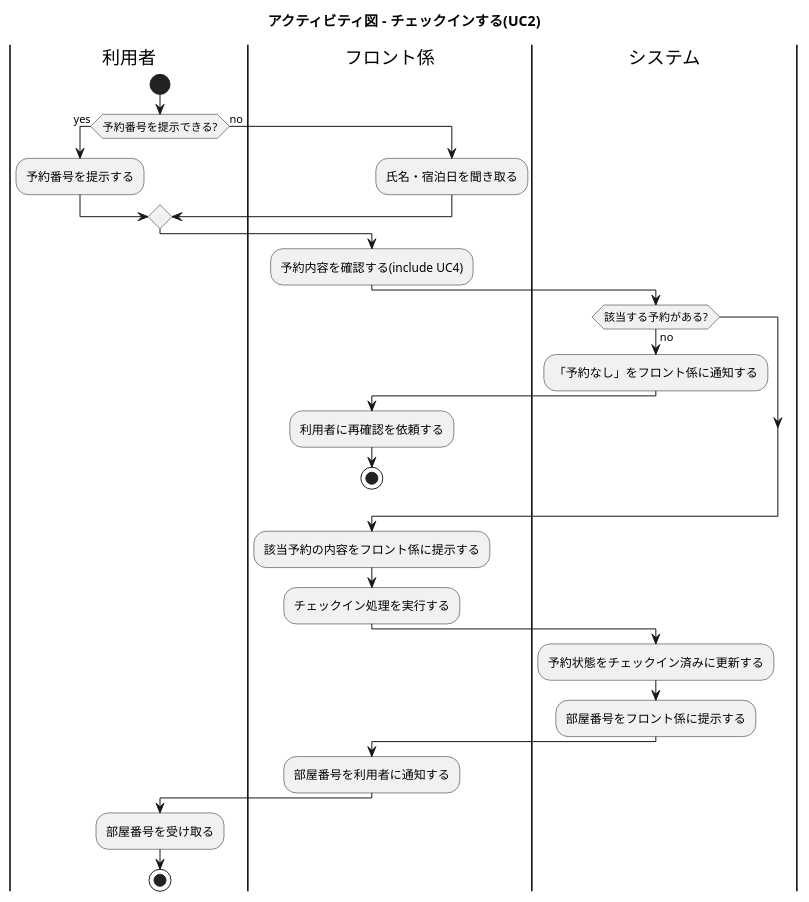
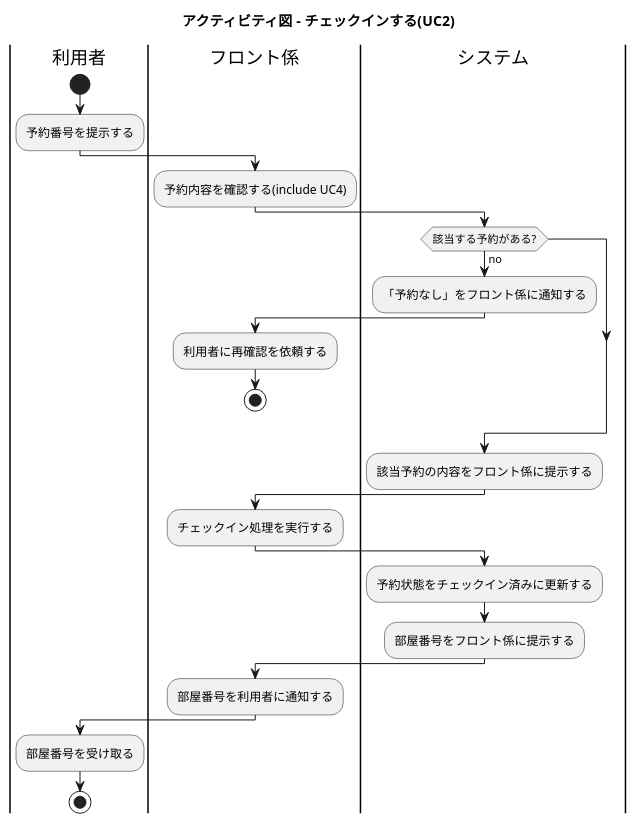
The diagram in docs/uml/06_activity_diagram_checkin.puml (doguto/waseda-hrs), drawn with PlantUML before and after one commit. The commit also changed 9 other files, not shown here.

First line of the commit message:
docs(uml): 裏付けのない代替フローを削除して整合させる

```diff
--- a/docs/uml/06_activity_diagram_checkin.puml
+++ b/docs/uml/06_activity_diagram_checkin.puml
@@ -1,33 +1,30 @@
 @startuml 06_activity_diagram_checkin
 title アクティビティ図 - チェックインする(UC2)
 
 |利用者|
 start
-if (予約番号を提示できる?) then (yes)
-  :予約番号を提示する;
-else (no)
-  |フロント係|
-  :氏名・宿泊日を聞き取る;
-endif
+:予約番号を提示する;
 |フロント係|
 :予約内容を確認する(include UC4);
 |システム|
 if (該当する予約がある?) then (no)
   :「予約なし」をフロント係に通知する;
   |フロント係|
   :利用者に再確認を依頼する;
   stop
 endif
+' 分岐の中でレーンを切り替えているため、endif の後で明示的に戻す。
+|システム|
 :該当予約の内容をフロント係に提示する;
 |フロント係|
 :チェックイン処理を実行する;
 |システム|
 :予約状態をチェックイン済みに更新する;
 :部屋番号をフロント係に提示する;
 |フロント係|
 :部屋番号を利用者に通知する;
 |利用者|
 :部屋番号を受け取る;
 stop
 
 @enduml
```
